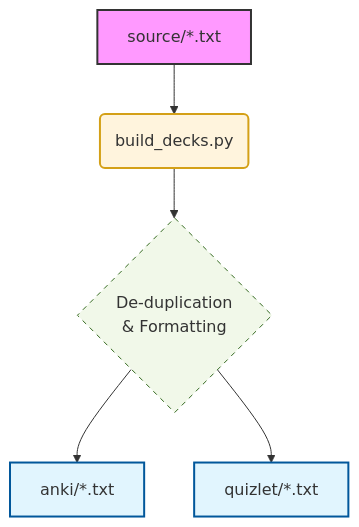
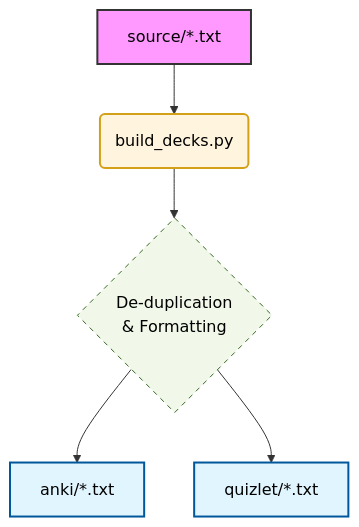
The diagram in README.md (andreysey/anki-b2), drawn with Mermaid before and after one commit.

Commit message:
docs: Add text color to Mermaid diagram class definitions and adjust source fill color.

````diff
--- a/README.md
+++ b/README.md
@@ -26,20 +26,20 @@
 ```mermaid
 graph TD
     %% Define Styles
-    classDef source fill:#f9f,stroke:#333,stroke-width:2px;
-    classDef tool fill:#fff4dd,stroke:#d4a017,stroke-width:2px;
-    classDef output fill:#e1f5fe,stroke:#01579b,stroke-width:2px;
-    classDef logic fill:#f1f8e9,stroke:#33691e,stroke-dasharray: 5 5;
+    classDef source fill:#ff99ff,stroke:#333,stroke-width:2px,color:#000;
+    classDef tool fill:#fff4dd,stroke:#d4a017,stroke-width:2px,color:#000;
+    classDef output fill:#e1f5fe,stroke:#01579b,stroke-width:2px,color:#000;
+    classDef logic fill:#f1f8e9,stroke:#33691e,stroke-dasharray: 5 5,color:#000;
 
     %% Workflow
     S[source/*.txt] --> B(build_decks.py)
     B --> L{"De-duplication<br/>& Formatting"}
     L --> A[anki/*.txt]
     L --> Q[quizlet/*.txt]
 
     %% Assign Classes
     class S source;
     class B tool;
     class A,Q output;
     class L logic;
 ```
````
